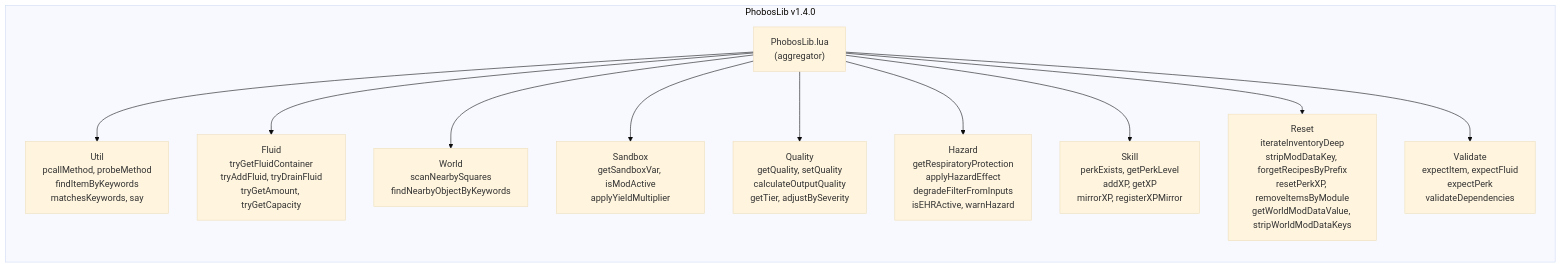
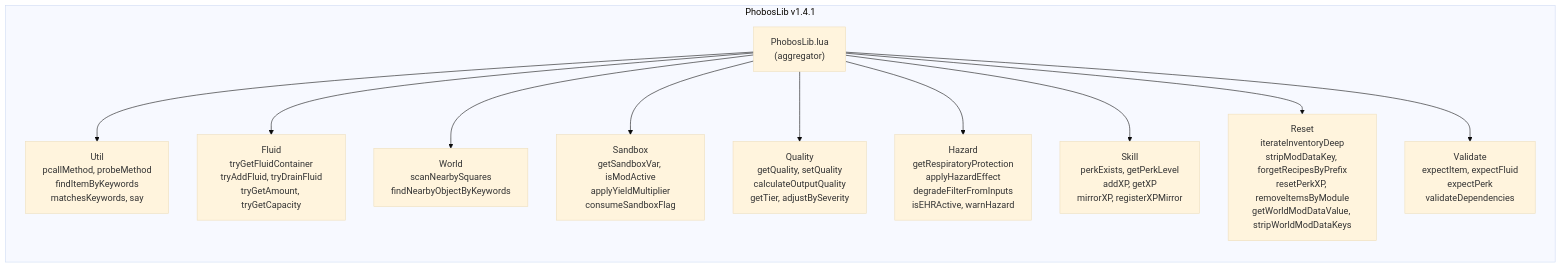
Before and after one commit to phobos-dthorga/mod-pz-chemistry-pathways: the second of 5 diagrams in docs/diagrams/architecture.md, drawn with Mermaid (base theme). The commit also changed other lines of this file and 13 other files, not shown here.

````diff
--- a/docs/diagrams/architecture.md
+++ b/docs/diagrams/architecture.md
@@ -50,34 +50,34 @@
 ```mermaid
 graph LR
-    subgraph LIB["PhobosLib v1.4.0"]
+    subgraph LIB["PhobosLib v1.4.1"]
         INIT["PhobosLib.lua<br/>(aggregator)"]
 
         UTIL["Util<br/>pcallMethod, probeMethod<br/>findItemByKeywords<br/>matchesKeywords, say"]
 
         FLUID["Fluid<br/>tryGetFluidContainer<br/>tryAddFluid, tryDrainFluid<br/>tryGetAmount, tryGetCapacity"]
 
         WORLD["World<br/>scanNearbySquares<br/>findNearbyObjectByKeywords"]
 
-        SANDBOX["Sandbox<br/>getSandboxVar, isModActive<br/>applyYieldMultiplier"]
+        SANDBOX["Sandbox<br/>getSandboxVar, isModActive<br/>applyYieldMultiplier<br/>consumeSandboxFlag"]
 
         QUALITY["Quality<br/>getQuality, setQuality<br/>calculateOutputQuality<br/>getTier, adjustBySeverity"]
 
         HAZ["Hazard<br/>getRespiratoryProtection<br/>applyHazardEffect<br/>degradeFilterFromInputs<br/>isEHRActive, warnHazard"]
 
         SKL["Skill<br/>perkExists, getPerkLevel<br/>addXP, getXP<br/>mirrorXP, registerXPMirror"]
 
         RST["Reset<br/>iterateInventoryDeep<br/>stripModDataKey, forgetRecipesByPrefix<br/>resetPerkXP, removeItemsByModule<br/>getWorldModDataValue, stripWorldModDataKeys"]
 
         VAL["Validate<br/>expectItem, expectFluid<br/>expectPerk<br/>validateDependencies"]
     end
 
     INIT --> UTIL
     INIT --> FLUID
     INIT --> WORLD
     INIT --> SANDBOX
     INIT --> QUALITY
     INIT --> HAZ
     INIT --> SKL
     INIT --> RST
     INIT --> VAL
 ```
````
